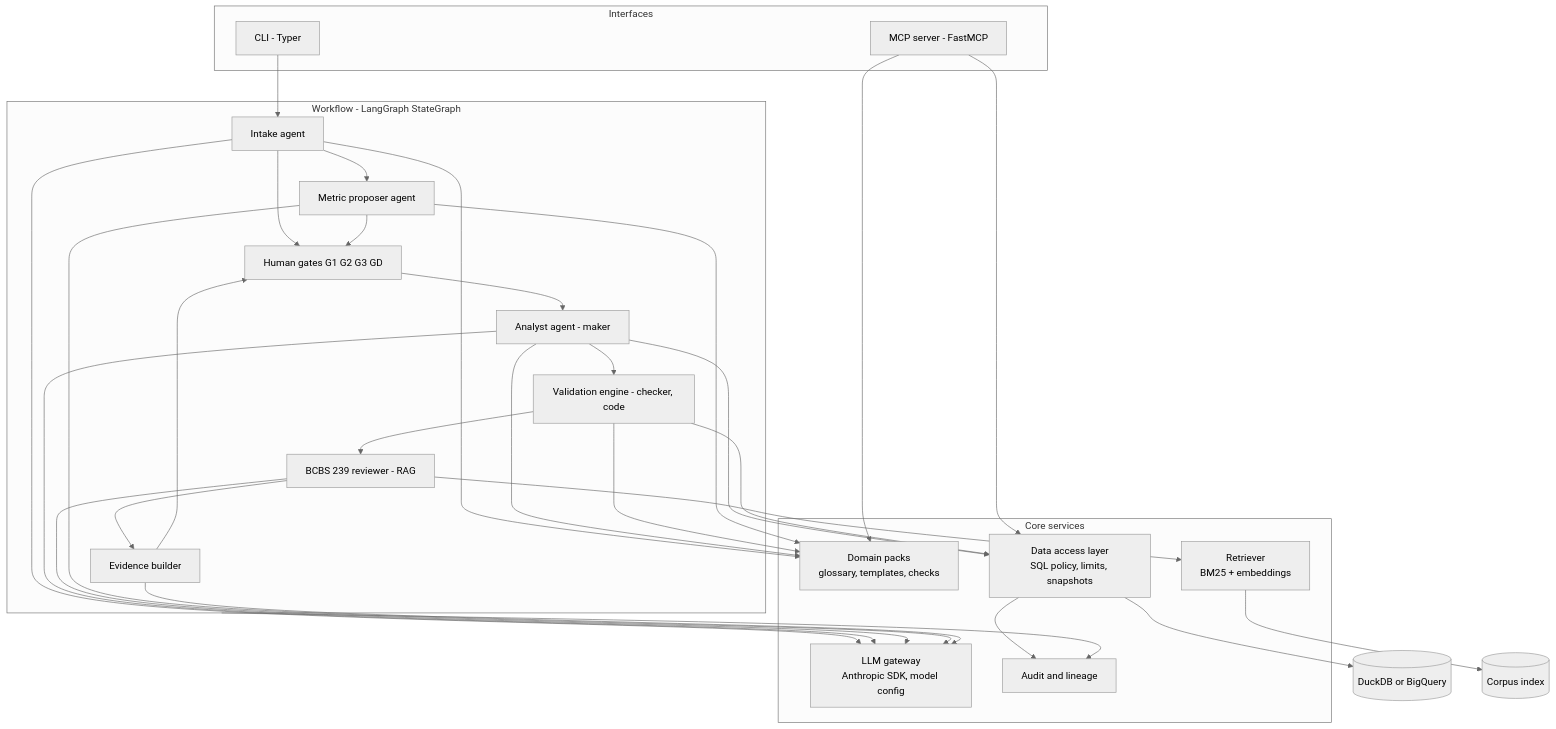
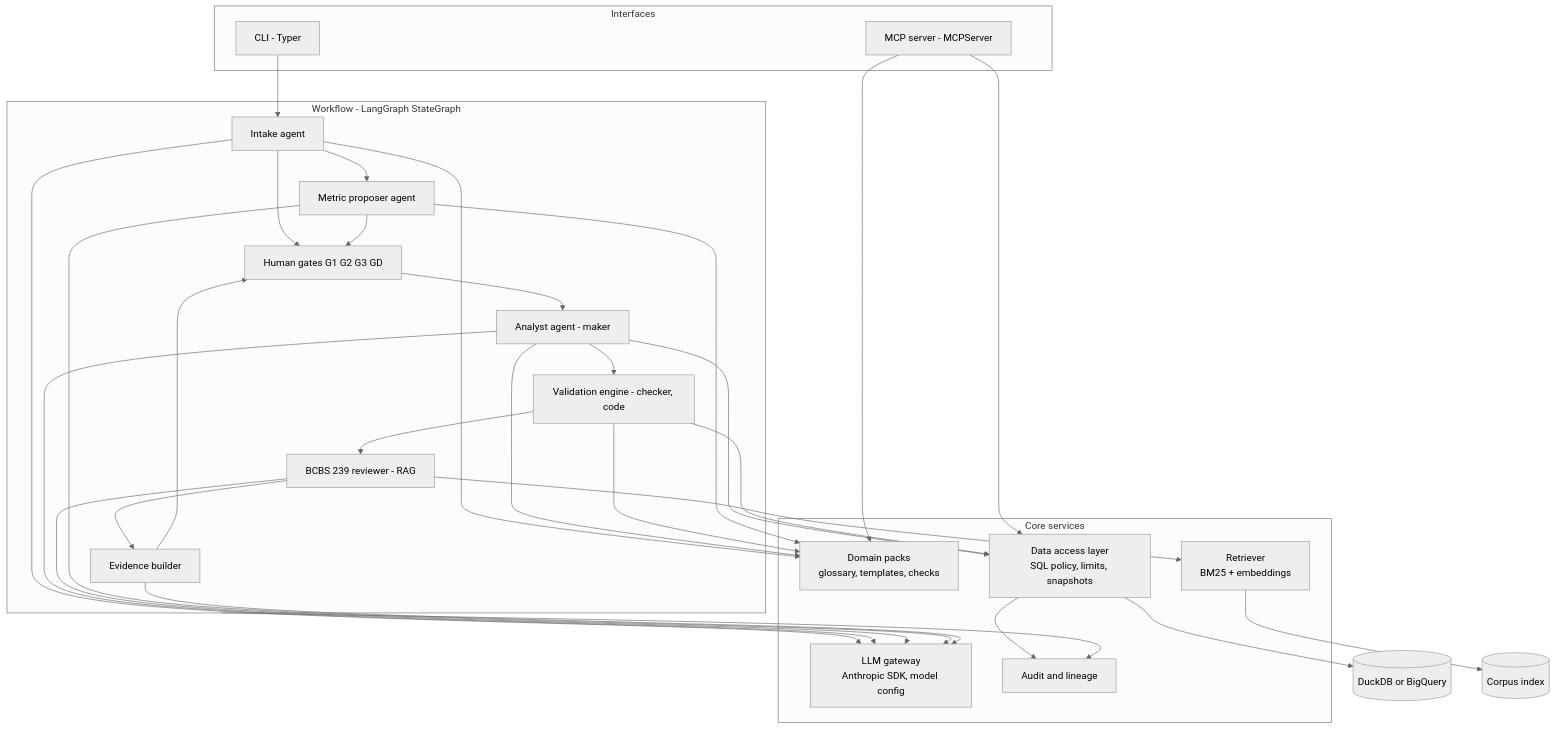
Before and after one commit to catalin-badea-aurelian/supervisory-request-copilot: the second of 5 diagrams in docs/ARCHITECTURE.md, drawn with Mermaid (neutral theme). The commit also changed other lines of this file and 1 other file, not shown here.

Commit message:
docs(m3): MCP server is MCPServer from the official mcp 2.x SDK (formerly FastMCP)

````diff
--- a/docs/ARCHITECTURE.md
+++ b/docs/ARCHITECTURE.md
@@ -64,59 +64,59 @@
 ```mermaid
 flowchart TB
     subgraph IF["Interfaces"]
         CLI["CLI - Typer"]
-        MCPS["MCP server - FastMCP"]
+        MCPS["MCP server - MCPServer"]
     end
 
     subgraph WF["Workflow - LangGraph StateGraph"]
         INT["Intake agent"]
         ANA["Analyst agent - maker"]
         VAL["Validation engine - checker, code"]
         REV["BCBS 239 reviewer - RAG"]
         EVB["Evidence builder"]
         PRO["Metric proposer agent"]
         GATES["Human gates G1 G2 G3 GD"]
     end
 
     subgraph CORE["Core services"]
         DPK["Domain packs<br/>glossary, templates, checks"]
         DAL["Data access layer<br/>SQL policy, limits, snapshots"]
         RET["Retriever<br/>BM25 + embeddings"]
         LLM["LLM gateway<br/>Anthropic SDK, model config"]
         AUDS["Audit and lineage"]
     end
 
     DB[("DuckDB or BigQuery")]
     IDX[("Corpus index")]
 
     CLI --> INT
     INT --> GATES
     GATES --> ANA
     ANA --> VAL
     VAL --> REV
     REV --> EVB
     EVB --> GATES
     INT --> PRO
     PRO --> GATES
 
     INT --> DPK
     ANA --> DPK
     VAL --> DPK
     PRO --> DPK
     ANA --> DAL
     VAL --> DAL
     MCPS --> DPK
     MCPS --> DAL
     DAL --> DB
     REV --> RET
     RET --> IDX
 
     INT --> LLM
     ANA --> LLM
     REV --> LLM
     PRO --> LLM
     EVB --> LLM
 
     WF --> AUDS
     DAL --> AUDS
 ```
````
